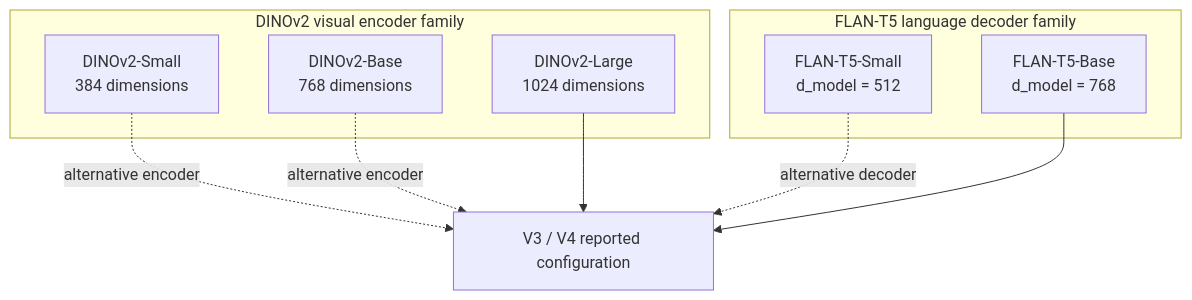
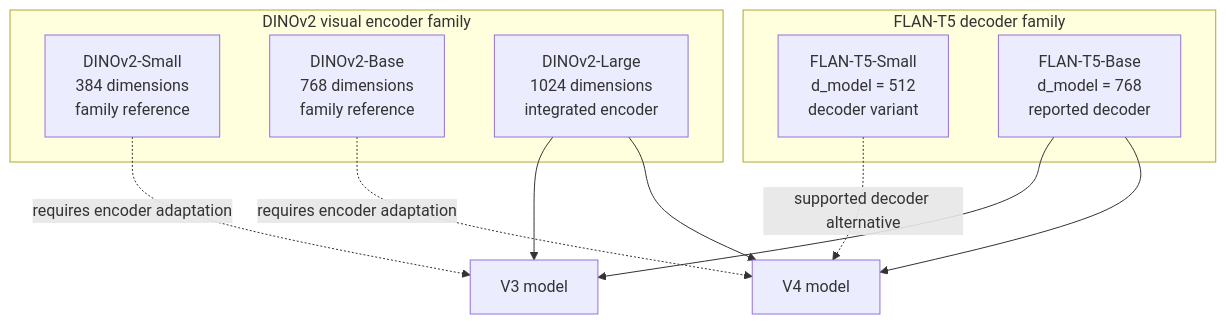
The first of 3 diagrams in README.md (prasangeet/semantic-state-transition-detection), drawn with Mermaid before and after one commit. The commit also changed other lines of this file, not shown here.

Commit message:
docs: correct model support, architecture diagrams, and usage instructions

````diff
--- a/README.md
+++ b/README.md
@@ -121,17 +121,19 @@
 ```mermaid
 flowchart TD
   subgraph Vision["DINOv2 visual encoder family"]
-    DS["DINOv2-Small<br/>384 dimensions"]
-    DB["DINOv2-Base<br/>768 dimensions"]
-    DL["DINOv2-Large<br/>1024 dimensions"]
+    DS["DINOv2-Small<br/>384 dimensions<br/>family reference"]
+    DB["DINOv2-Base<br/>768 dimensions<br/>family reference"]
+    DL["DINOv2-Large<br/>1024 dimensions<br/>integrated encoder"]
   end
-  subgraph Language["FLAN-T5 language decoder family"]
-    TS["FLAN-T5-Small<br/>d_model = 512"]
-    TB["FLAN-T5-Base<br/>d_model = 768"]
+  subgraph Language["FLAN-T5 decoder family"]
+    TS["FLAN-T5-Small<br/>d_model = 512<br/>decoder variant"]
+    TB["FLAN-T5-Base<br/>d_model = 768<br/>reported decoder"]
   end
-  DL --> V3V4["V3 / V4 reported configuration"]
-  TB --> V3V4
-  DS -. alternative encoder .-> V3V4
-  DB -. alternative encoder .-> V3V4
-  TS -. alternative decoder .-> V3V4
+  DL --> V3["V3 model"]
+  DL --> V4["V4 model"]
+  TB --> V3
+  TB --> V4
+  TS -. supported decoder alternative .-> V4
+  DS -. requires encoder adaptation .-> V3
+  DB -. requires encoder adaptation .-> V4
 ```
````
